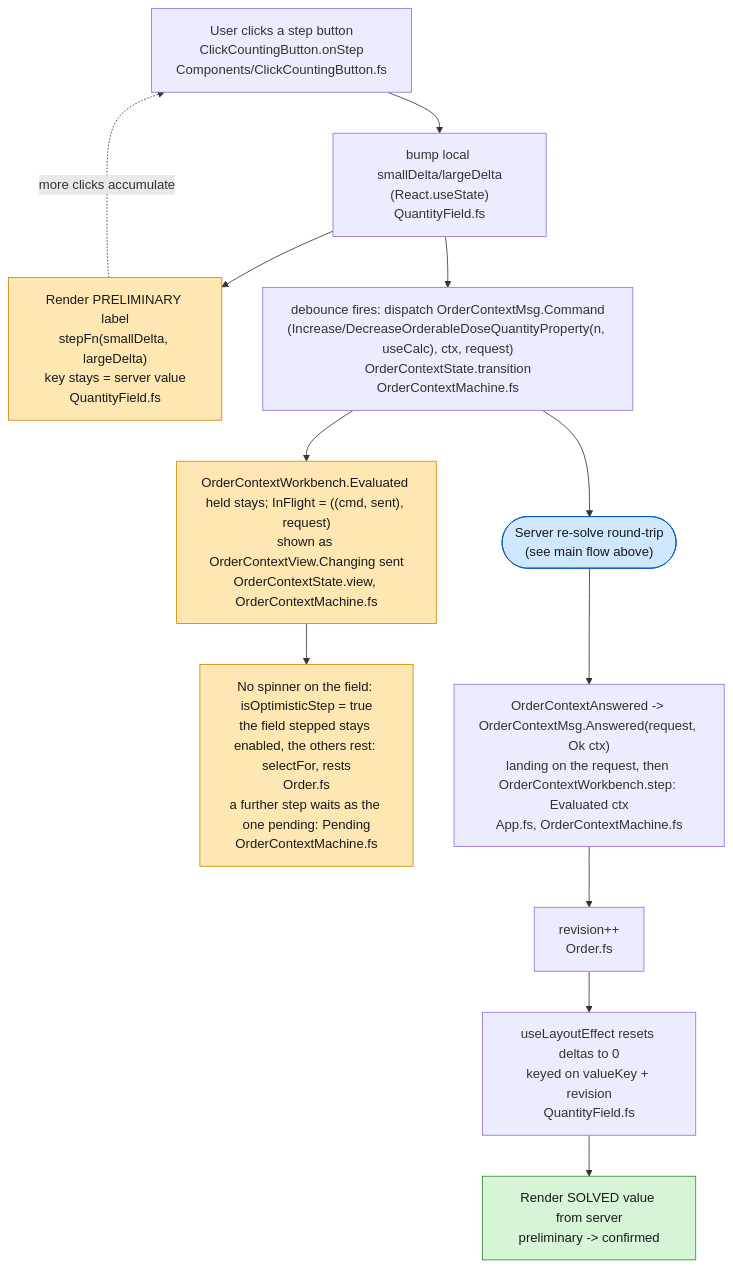
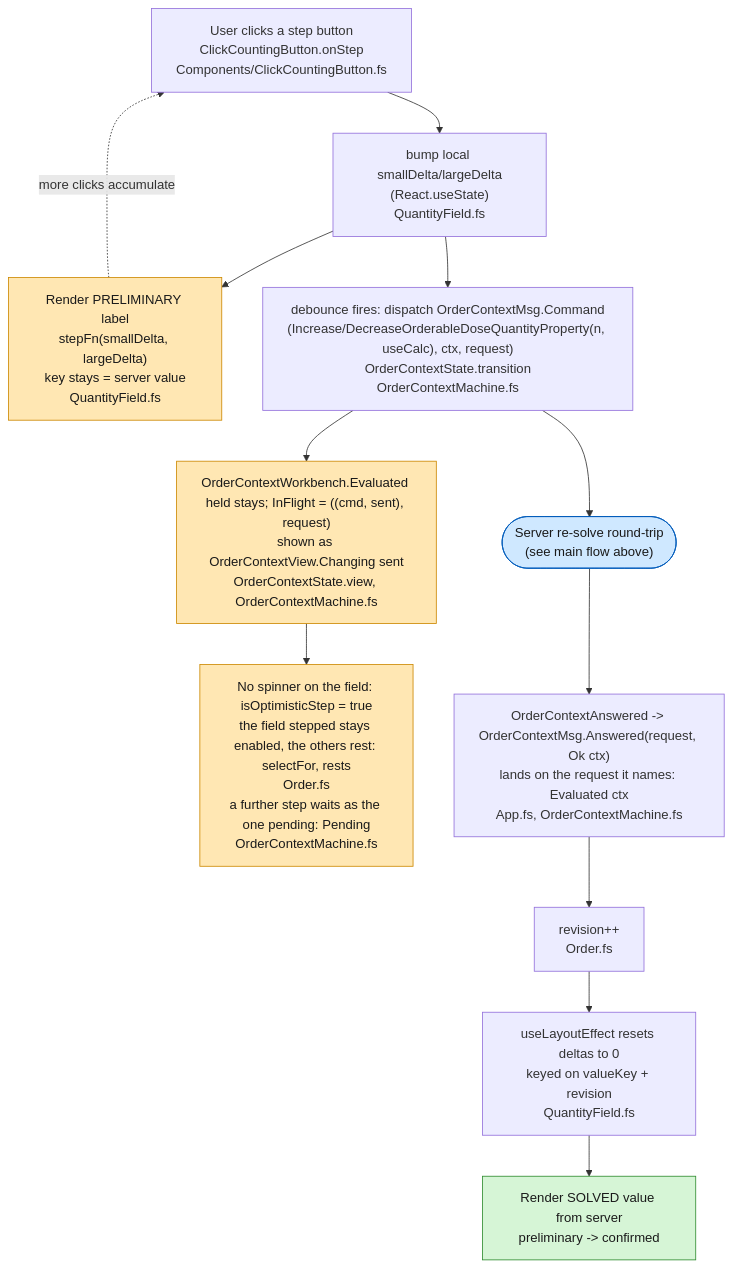
One commit to informedica/GenPRES changed the second of 2 diagrams in docs/domain/dose-quantity-stepping-flow.md. Above: the diagram before and after it, drawn with Mermaid. The commit also changed other lines of this file and 2 other files, not shown here.

First line of the commit message:
refactor(client): one layer for the order plan machine

````diff
--- a/docs/domain/dose-quantity-stepping-flow.md
+++ b/docs/domain/dose-quantity-stepping-flow.md
@@ -62,28 +62,28 @@
 ```mermaid
 flowchart TD
     CLICK["User clicks a step button<br/>ClickCountingButton.onStep<br/>Components/ClickCountingButton.fs"]
     DELTA["bump local smallDelta/largeDelta<br/>(React.useState)<br/>QuantityField.fs"]
     PRELIM["Render PRELIMINARY label<br/>stepFn(smallDelta, largeDelta)<br/>key stays = server value<br/>QuantityField.fs"]
     DISPATCH["debounce fires: dispatch OrderContextMsg.Command<br/>(Increase/DecreaseOrderableDoseQuantityProperty(n, useCalc), ctx, request)<br/>OrderContextState.transition<br/>OrderContextMachine.fs"]
 
     REC["OrderContextWorkbench.Evaluated held stays; InFlight = ((cmd, sent), request)<br/>shown as OrderContextView.Changing sent<br/>OrderContextState.view, OrderContextMachine.fs"]
     KEEP["No spinner on the field: isOptimisticStep = true<br/>the field stepped stays enabled, the others rest: selectFor, rests<br/>Order.fs<br/>a further step waits as the one pending: Pending<br/>OrderContextMachine.fs"]
 
     SERVER(["Server re-solve round-trip<br/>(see main flow above)"])
 
-    DONE["OrderContextAnswered -> OrderContextMsg.Answered(request, Ok ctx)<br/>landing on the request, then OrderContextWorkbench.step: Evaluated ctx<br/>App.fs, OrderContextMachine.fs"]
+    DONE["OrderContextAnswered -> OrderContextMsg.Answered(request, Ok ctx)<br/>lands on the request it names: Evaluated ctx<br/>App.fs, OrderContextMachine.fs"]
     BUMP["revision++<br/>Order.fs"]
     RESET["useLayoutEffect resets deltas to 0<br/>keyed on valueKey + revision<br/>QuantityField.fs"]
     FINAL["Render SOLVED value from server<br/>preliminary -> confirmed"]
 
     CLICK --> DELTA --> PRELIM
     DELTA --> DISPATCH --> REC --> KEEP
     PRELIM -. "more clicks accumulate" .-> CLICK
     DISPATCH --> SERVER --> DONE --> BUMP --> RESET --> FINAL
 
     style PRELIM fill:#ffe7b3,stroke:#cc8800,color:#1a1a1a
     style REC fill:#ffe7b3,stroke:#cc8800,color:#1a1a1a
     style KEEP fill:#ffe7b3,stroke:#cc8800,color:#1a1a1a
     style FINAL fill:#d6f5d6,stroke:#2e8b2e,color:#1a1a1a
     style SERVER fill:#cfe8ff,stroke:#005bbb,color:#1a1a1a
 ```
````
